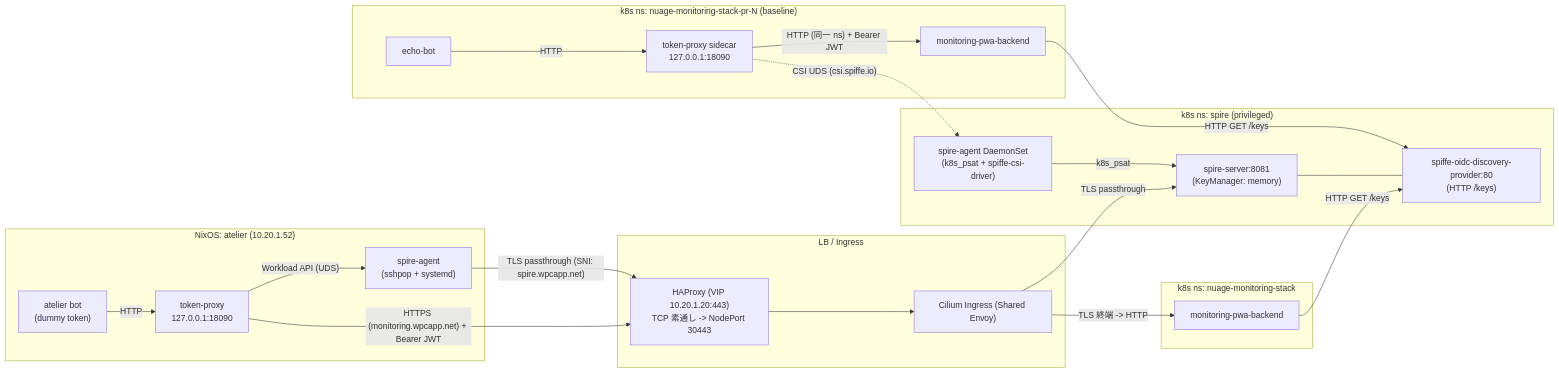
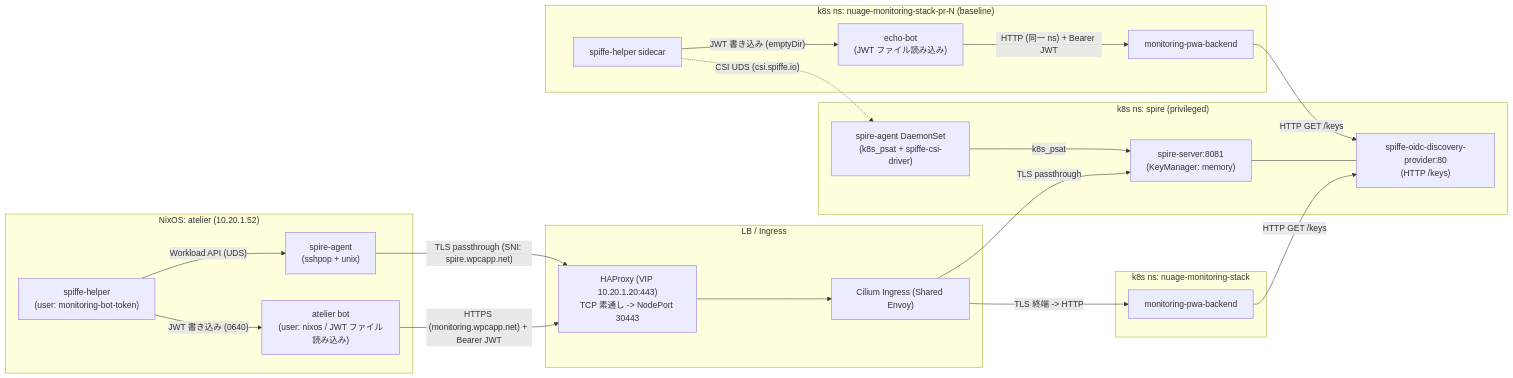
One commit to k-wa-wa/nuage-workspace changed the diagram in docs/service-auth.md. Above: the diagram before and after it, drawn with Mermaid. The commit also changed other lines of this file, not shown here.

````diff
--- a/docs/service-auth.md
+++ b/docs/service-auth.md
@@ -98,44 +104,44 @@
 ```mermaid
 flowchart LR
     subgraph Atelier["NixOS: atelier (10.20.1.52)"]
-        ABot["atelier bot<br/>(dummy token)"]
-        AProxy["token-proxy<br/>127.0.0.1:18090"]
-        AAgent["spire-agent<br/>(sshpop + systemd)"]
-        ABot -->|"HTTP"| AProxy
-        AProxy -->|"Workload API (UDS)"| AAgent
+        ABot["atelier bot<br/>(user: nixos / JWT ファイル読み込み)"]
+        AHelper["spiffe-helper<br/>(user: monitoring-bot-token)"]
+        AAgent["spire-agent<br/>(sshpop + unix)"]
+        AHelper -->|"Workload API (UDS)"| AAgent
+        AHelper -->|"JWT 書き込み (0640)"| ABot
     end
 
     subgraph Edge["LB / Ingress"]
         HAP["HAProxy (VIP 10.20.1.20:443)<br/>TCP 素通し -> NodePort 30443"]
         Cilium["Cilium Ingress (Shared Envoy)"]
         HAP --> Cilium
     end
 
     subgraph K8sSpire["k8s ns: spire (privileged)"]
         SServer["spire-server:8081<br/>(KeyManager: memory)"]
         OIDC["spiffe-oidc-discovery-provider:80<br/>(HTTP /keys)"]
         KAgent["spire-agent DaemonSet<br/>(k8s_psat + spiffe-csi-driver)"]
         SServer --- OIDC
     end
 
     subgraph K8sProd["k8s ns: nuage-monitoring-stack"]
         ProdPWA["monitoring-pwa-backend"]
     end
 
     subgraph K8sPreview["k8s ns: nuage-monitoring-stack-pr-N (baseline)"]
-        EBot["echo-bot"]
-        EProxy["token-proxy sidecar<br/>127.0.0.1:18090"]
+        EBot["echo-bot<br/>(JWT ファイル読み込み)"]
+        EHelper["spiffe-helper sidecar"]
         PrevPWA["monitoring-pwa-backend"]
-        EBot -->|"HTTP"| EProxy
-        EProxy -->|"HTTP (同一 ns) + Bearer JWT"| PrevPWA
+        EHelper -->|"JWT 書き込み (emptyDir)"| EBot
+        EBot -->|"HTTP (同一 ns) + Bearer JWT"| PrevPWA
     end
 
     AAgent -->|"TLS passthrough (SNI: spire.wpcapp.net)"| HAP
     Cilium -->|"TLS passthrough"| SServer
-    AProxy -->|"HTTPS (monitoring.wpcapp.net) + Bearer JWT"| HAP
+    ABot -->|"HTTPS (monitoring.wpcapp.net) + Bearer JWT"| HAP
     Cilium -->|"TLS 終端 -> HTTP"| ProdPWA
-    EProxy -.->|"CSI UDS (csi.spiffe.io)"| KAgent
+    EHelper -.->|"CSI UDS (csi.spiffe.io)"| KAgent
     KAgent -->|"k8s_psat"| SServer
     ProdPWA -->|"HTTP GET /keys"| OIDC
     PrevPWA -->|"HTTP GET /keys"| OIDC
 ```
````
